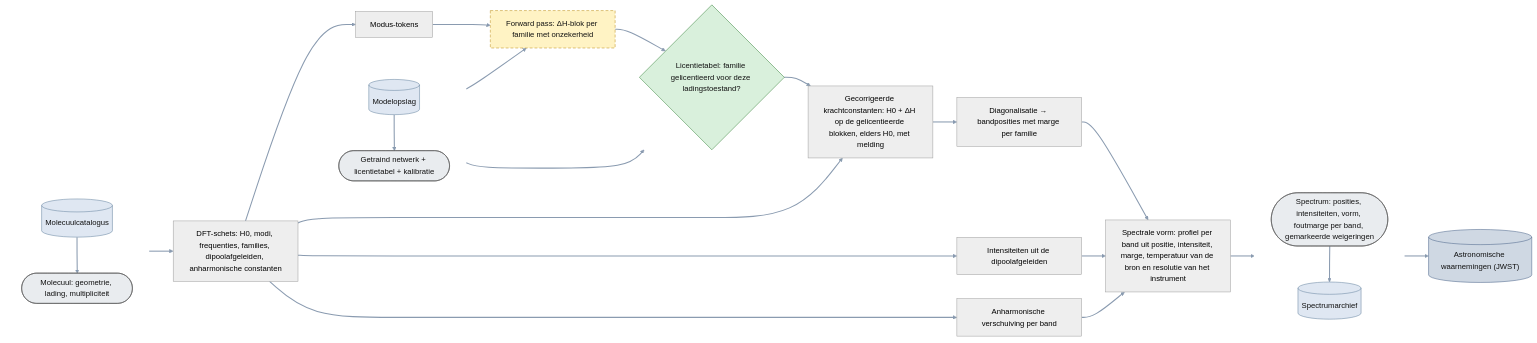
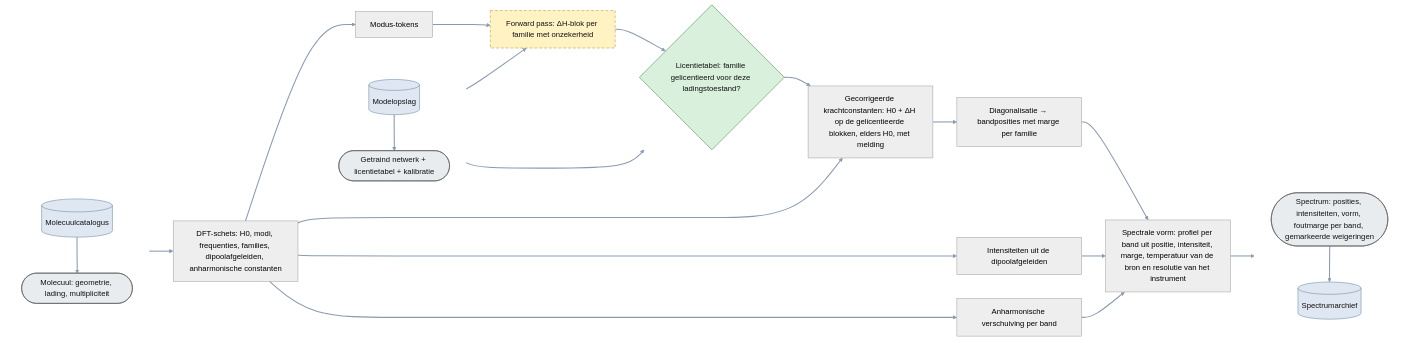
Before and after one commit to thebreadishard/udacity-capstone-plan: the diagram in plans/05_delta-probed-ir-pipeline/GoalGathering/architecture/30_pipeline.mmd, drawn with Mermaid (neutral theme). The commit also changed 1 other file, not shown here.

Commit message:
Plan 05 architecture, pipeline sheet: the JWST endpoint removed; the pipeline ends at the spectrum and its archive

```diff
--- a/plans/05_delta-probed-ir-pipeline/GoalGathering/architecture/30_pipeline.mmd
+++ b/plans/05_delta-probed-ir-pipeline/GoalGathering/architecture/30_pipeline.mmd
@@ -1,52 +1,51 @@
 %% Pipeline (niveau 3): wat er staat als onderzoek en training klaar zijn. Een molecuul zonder laboratoriumspectrum in, een spectrum met foutmarge uit.
 %% Rechthoek = processtap; ronde uiteinden = data-object; cilinder = opslag (onder het data-object); ruit = poort. Gestippeld = nog niet gebouwd. De forward pass is één figuurtje.
 flowchart LR
   linkStyle default stroke:#8a9bb0,stroke-width:2.2px
   classDef planned stroke-dasharray: 6 4,stroke:#b8860b,fill:#fff3c4,color:#111
   classDef data fill:#e9ecef,stroke:#555,color:#111
   classDef gate fill:#d9f0dc,stroke:#2e7d32,color:#111
   classDef store fill:#dfe7f2,stroke:#5b7a99,color:#111
   classDef ext fill:#cfd8e3,stroke:#3d5a80,color:#111
 
   subgraph IN [" "]
     direction TB
     MOL(["Molecuul: geometrie, lading, multipliciteit"]):::data
     CAT[("Molecuulcatalogus")]:::store
     CAT --> MOL
   end
   SK["DFT-schets: H0, modi, frequenties, families, dipoolafgeleiden, anharmonische constanten"]
   TOK["Modus-tokens"]
   subgraph MD [" "]
     direction TB
     NETW(["Getraind netwerk + licentietabel + kalibratie"]):::data
     MODELS[("Modelopslag")]:::store
     MODELS --> NETW
   end
   FWD["Forward pass: ΔH-blok per familie met onzekerheid"]:::planned
   GATE{"Licentietabel: familie gelicentieerd voor deze ladingstoestand?"}:::gate
   APPLY["Gecorrigeerde krachtconstanten: H0 + ΔH op de gelicentieerde blokken, elders H0, met melding"]
   EIG["Diagonalisatie → bandposities met marge per familie"]
   INT["Intensiteiten uit de dipoolafgeleiden"]
   ANH["Anharmonische verschuiving per band"]
   SHAPE["Spectrale vorm: profiel per band uit positie, intensiteit, marge, temperatuur van de bron en resolutie van het instrument"]
   subgraph OUT [" "]
     direction TB
     SPEC(["Spectrum: posities, intensiteiten, vorm, foutmarge per band, gemarkeerde weigeringen"]):::data
     SPECS[("Spectrumarchief")]:::store
     SPEC --> SPECS
   end
-  JWST[("Astronomische waarnemingen (JWST)")]:::ext
   style IN fill:none,stroke:none
   style MD fill:none,stroke:none
   style OUT fill:none,stroke:none
 
   MOL --> SK --> TOK --> FWD
   NETW --> FWD
   FWD --> GATE
   NETW --> GATE
   GATE --> APPLY
   SK --> APPLY
   APPLY --> EIG --> SHAPE
   SK --> INT --> SHAPE
   SK --> ANH --> SHAPE
-  SHAPE --> SPEC --> JWST
+  SHAPE --> SPEC
```
